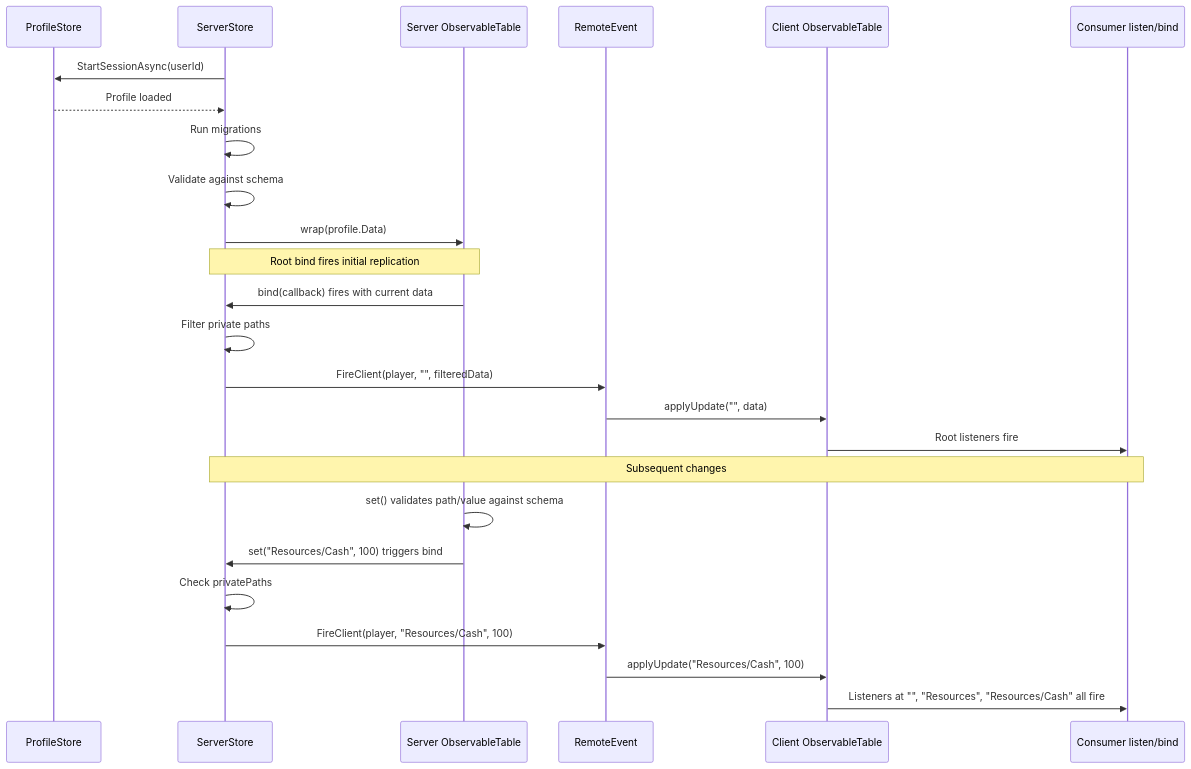
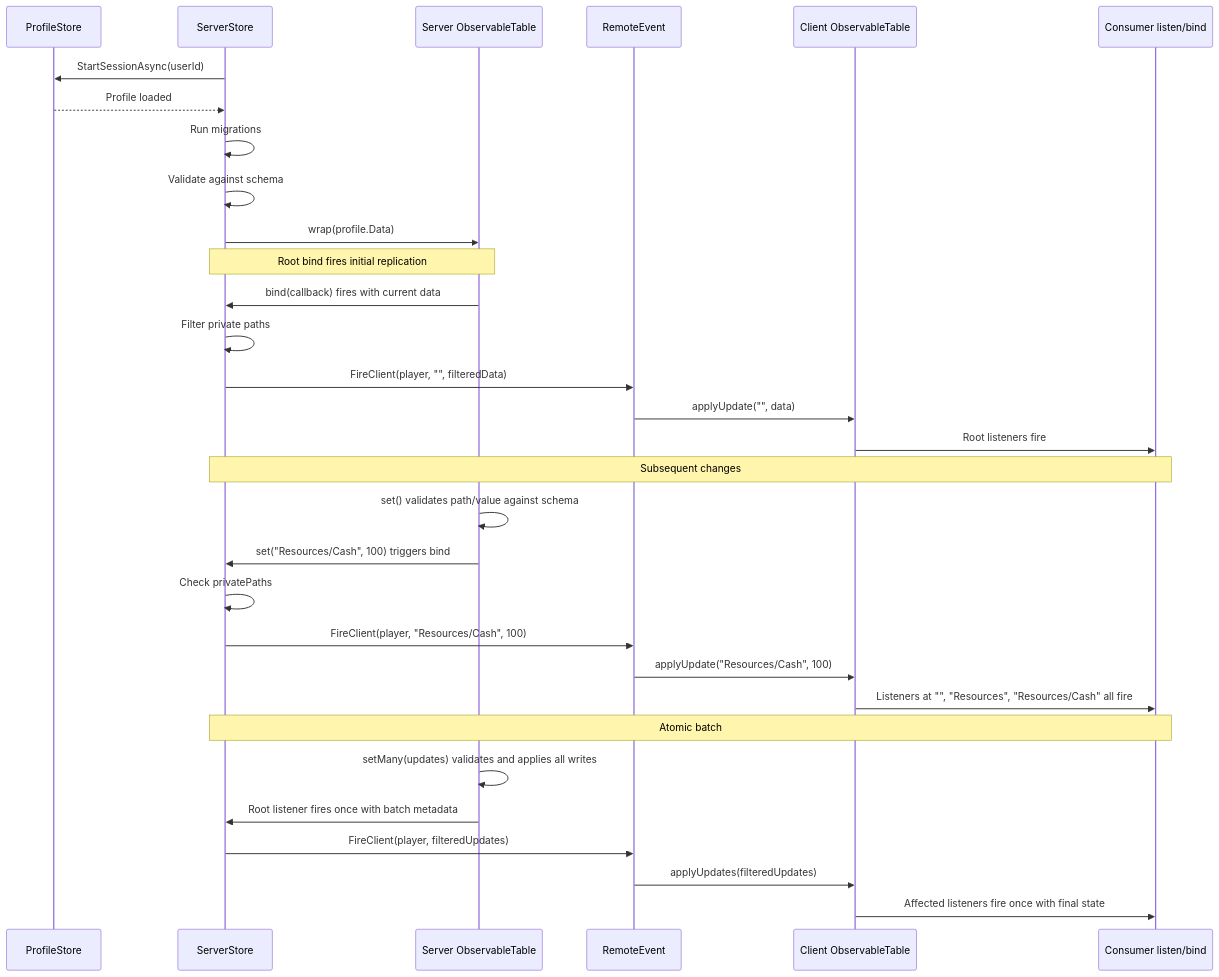
The second of 2 diagrams in ARCHITECTURE.md (daireb/PlayerStore), drawn with Mermaid before and after one commit. The commit also changed other lines of this file and 11 other files, not shown here.

Commit message:
feat: add atomic batch writes

````diff
--- a/ARCHITECTURE.md
+++ b/ARCHITECTURE.md
@@ -49,30 +49,37 @@
 ```mermaid
 sequenceDiagram
     participant PS as ProfileStore
     participant SS as ServerStore
     participant SOT as Server ObservableTable
     participant RE as RemoteEvent
     participant COT as Client ObservableTable
     participant CB as Consumer listen/bind
 
     SS->>PS: StartSessionAsync(userId)
     PS-->>SS: Profile loaded
     SS->>SS: Run migrations
     SS->>SS: Validate against schema
     SS->>SOT: wrap(profile.Data)
 
     Note over SS,SOT: Root bind fires initial replication
     SOT->>SS: bind(callback) fires with current data
     SS->>SS: Filter private paths
     SS->>RE: FireClient(player, "", filteredData)
     RE->>COT: applyUpdate("", data)
     COT->>CB: Root listeners fire
 
     Note over SS,CB: Subsequent changes
     SOT->>SOT: set() validates path/value against schema
     SOT->>SS: set("Resources/Cash", 100) triggers bind
     SS->>SS: Check privatePaths
     SS->>RE: FireClient(player, "Resources/Cash", 100)
     RE->>COT: applyUpdate("Resources/Cash", 100)
     COT->>CB: Listeners at "", "Resources", "Resources/Cash" all fire
+
+    Note over SS,CB: Atomic batch
+    SOT->>SOT: setMany(updates) validates and applies all writes
+    SOT->>SS: Root listener fires once with batch metadata
+    SS->>RE: FireClient(player, filteredUpdates)
+    RE->>COT: applyUpdates(filteredUpdates)
+    COT->>CB: Affected listeners fire once with final state
 ```
````
